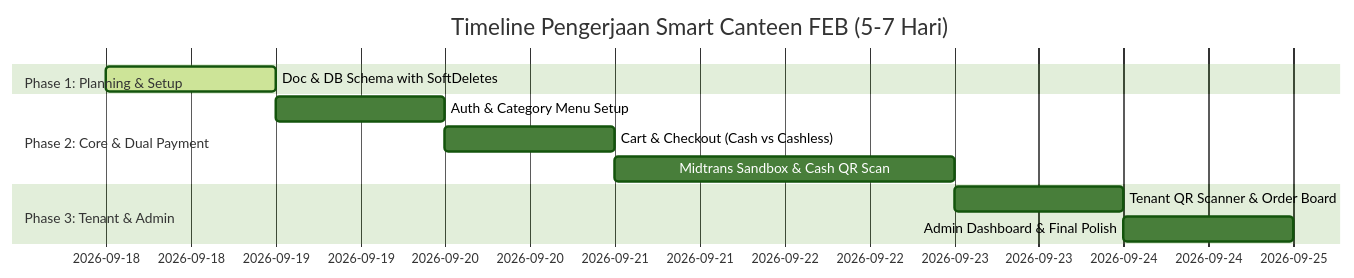
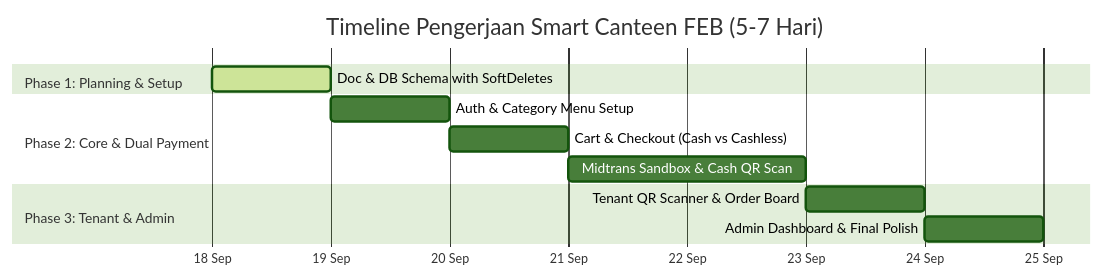
One commit to Hnzsama/smart_canteen changed the diagram in docs/16-rab.md. Above: the diagram before and after it, drawn with Mermaid (forest theme). The commit also changed 2 other files, not shown here.

Commit message:
fix(docs): widen Gantt timeline with scrollable container and clean axis formatting

````diff
--- a/docs/16-rab.md
+++ b/docs/16-rab.md
@@ -9,14 +9,17 @@
 ```mermaid
+%%{init: { "gantt": { "leftPadding": 160, "useWidth": 900 } } }%%
 gantt
     title Timeline Pengerjaan Smart Canteen FEB (5-7 Hari)
     dateFormat  YYYY-MM-DD
+    axisFormat  %d %b
+    tickInterval 1day
     section Phase 1: Planning & Setup
     Doc & DB Schema with SoftDeletes  :active, p1, 2026-09-18, 1d
     section Phase 2: Core & Dual Payment
     Auth & Category Menu Setup        :p2, after p1, 1d
     Cart & Checkout (Cash vs Cashless):p3, after p2, 1d
     Midtrans Sandbox & Cash QR Scan   :p4, after p3, 2d
     section Phase 3: Tenant & Admin
     Tenant QR Scanner & Order Board   :p5, after p4, 1d
     Admin Dashboard & Final Polish    :p6, after p5, 1d
 ```
````
